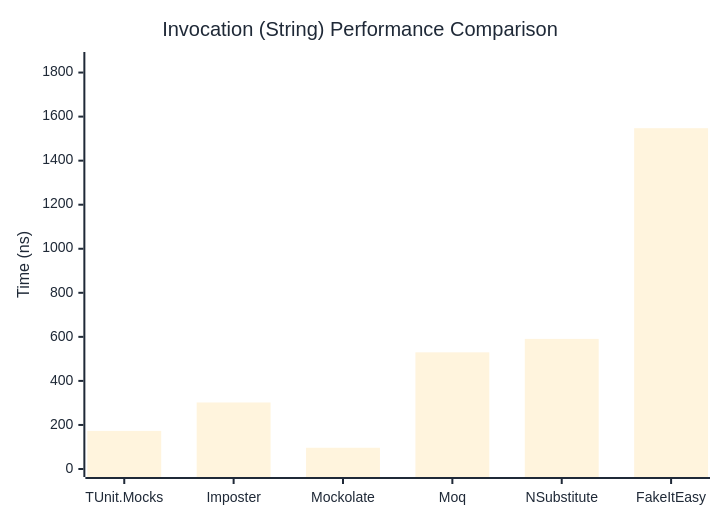
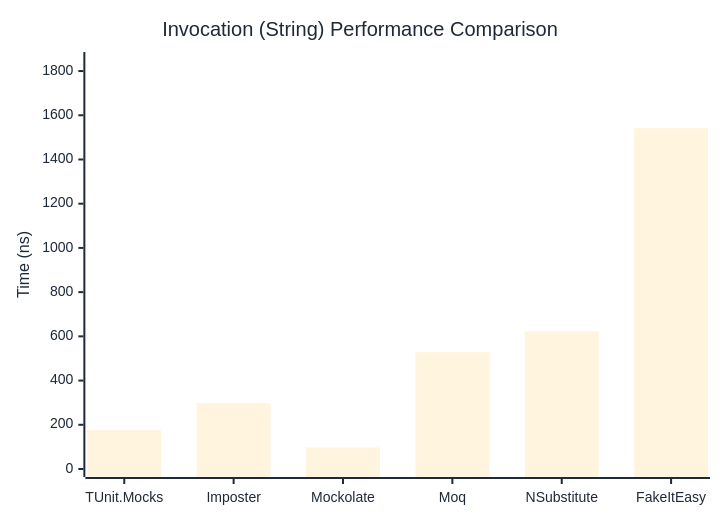
Before and after one commit to thomhurst/TUnit: the second of 3 diagrams in docs/docs/benchmarks/mocks/Invocation.md, drawn with Mermaid. The commit also changed other lines of this file and 14 other files, not shown here.

````diff
--- a/docs/docs/benchmarks/mocks/Invocation.md
+++ b/docs/docs/benchmarks/mocks/Invocation.md
@@ -71,27 +71,27 @@
 ```mermaid
 %%{init: {
   'theme':'base',
   'themeVariables': {
     'primaryColor': '#2563eb',
     'primaryTextColor': '#1f2937',
     'primaryBorderColor': '#1e40af',
     'lineColor': '#6b7280',
     'secondaryColor': '#7c3aed',
     'tertiaryColor': '#dc2626',
     'background': '#ffffff',
     'pie1': '#2563eb',
     'pie2': '#7c3aed',
     'pie3': '#dc2626',
     'pie4': '#f59e0b',
     'pie5': '#10b981',
     'pie6': '#06b6d4',
     'pie7': '#ec4899',
     'pie8': '#6366f1'
   }
 }}%%
 xychart-beta
   title "Invocation (String) Performance Comparison"
   x-axis ["TUnit.Mocks", "Imposter", "Mockolate", "Moq", "NSubstitute", "FakeItEasy"]
-  y-axis "Time (ns)" 0 --> 1857
-  bar [173.02, 302.09, 96.4, 529.75, 590.63, 1547.39]
+  y-axis "Time (ns)" 0 --> 1850
+  bar [175.33, 298.8, 96.88, 528.23, 621.74, 1541.55]
 ```
````
